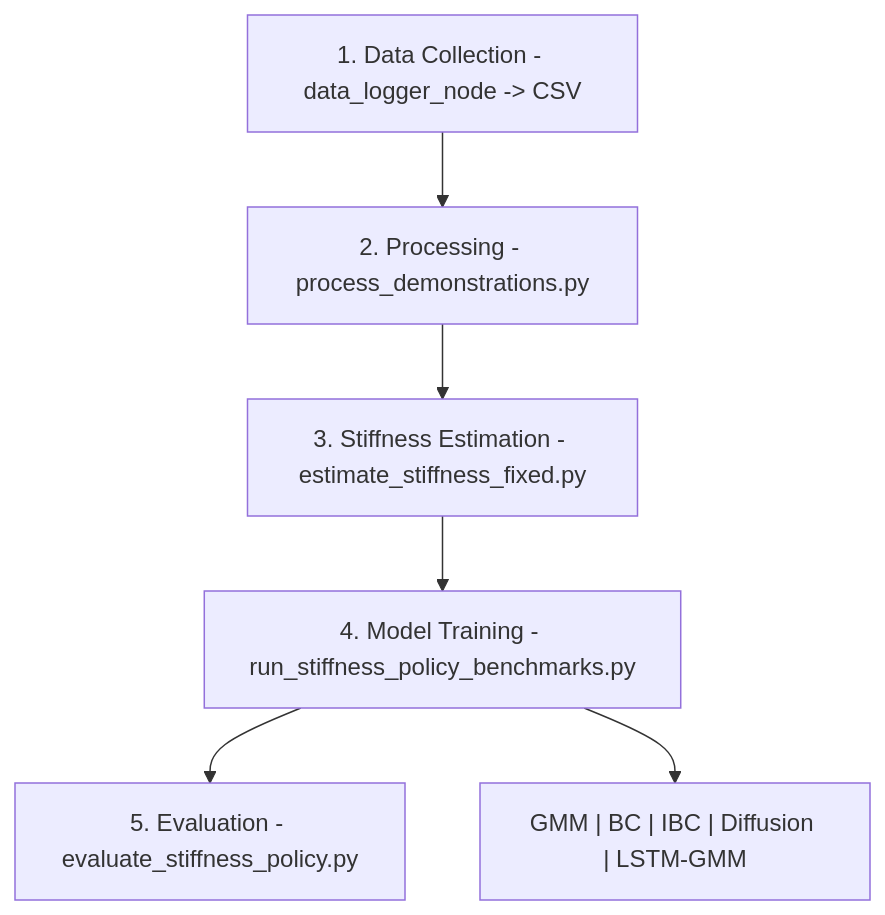
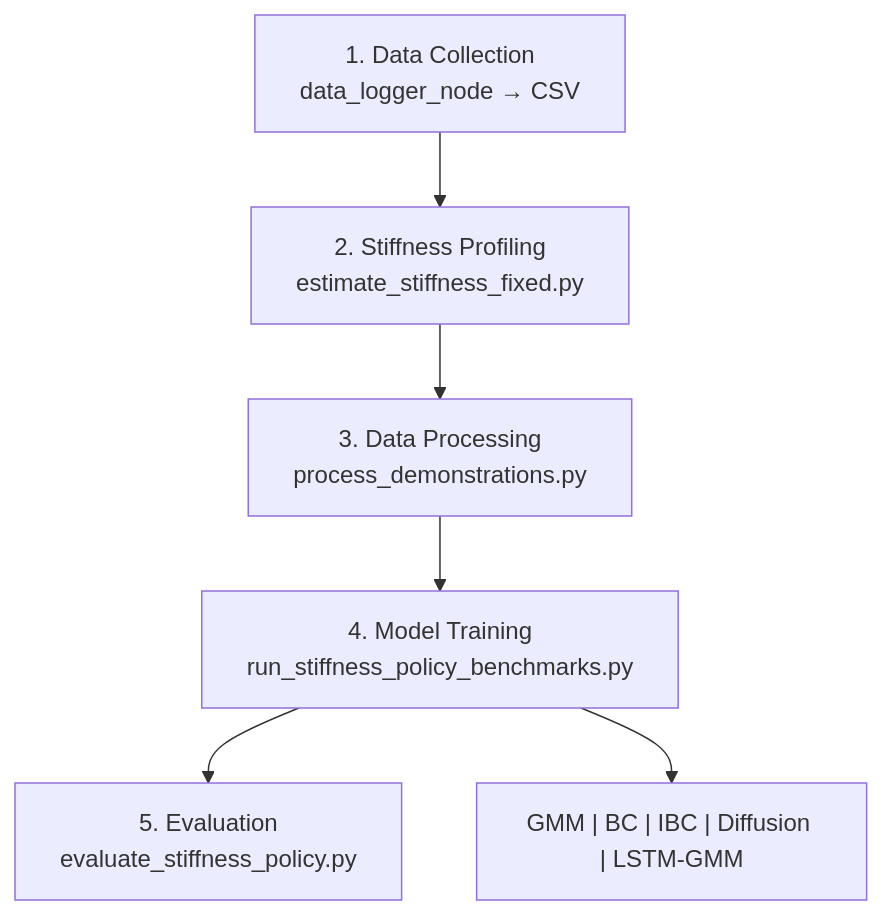
The second of 2 diagrams in README.md (songwookim/icra_2025_09_two_finger_version), drawn with Mermaid before and after one commit. The commit also changed other lines of this file, not shown here.

Commit message:
docs: rewrite README with accurate pub/sub flowchart, add Installation, Pipeline, Miscellaneous sections

````diff
--- a/README.md
+++ b/README.md
@@ -123,8 +192,8 @@
 ```mermaid
 flowchart TD
-    A["1. Data Collection - data_logger_node -> CSV"] --> B["2. Processing - process_demonstrations.py"]
-    B --> C["3. Stiffness Estimation - estimate_stiffness_fixed.py"]
-    C --> D["4. Model Training - run_stiffness_policy_benchmarks.py"]
-    D --> E["5. Evaluation - evaluate_stiffness_policy.py"]
+    A["1. Data Collection<br/>data_logger_node → CSV"] --> B["2. Stiffness Profiling<br/>estimate_stiffness_fixed.py"]
+    B --> C["3. Data Processing<br/>process_demonstrations.py"]
+    C --> D["4. Model Training<br/>run_stiffness_policy_benchmarks.py"]
+    D --> E["5. Evaluation<br/>evaluate_stiffness_policy.py"]
     D --> M["GMM | BC | IBC | Diffusion | LSTM-GMM"]
 ```
````
